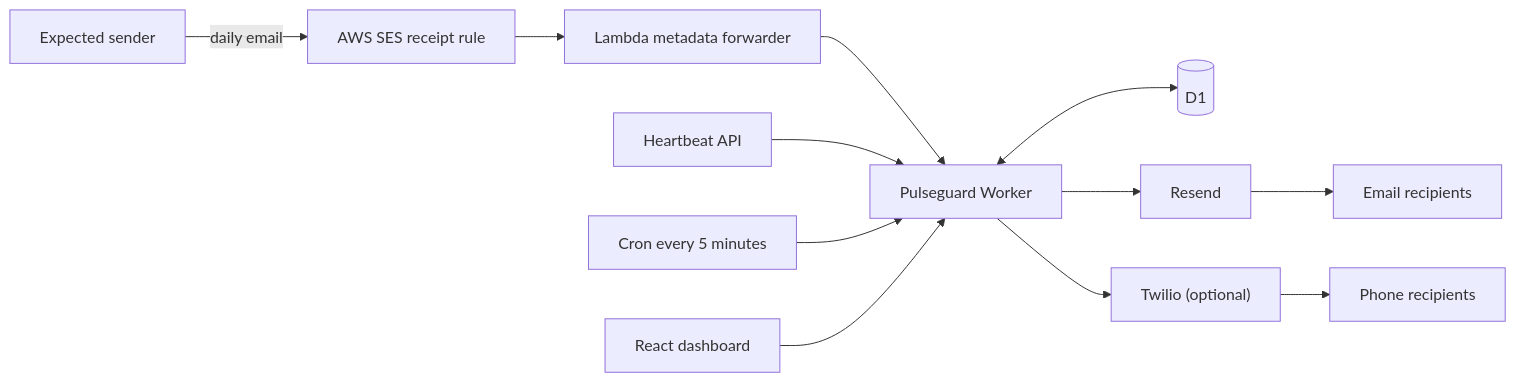
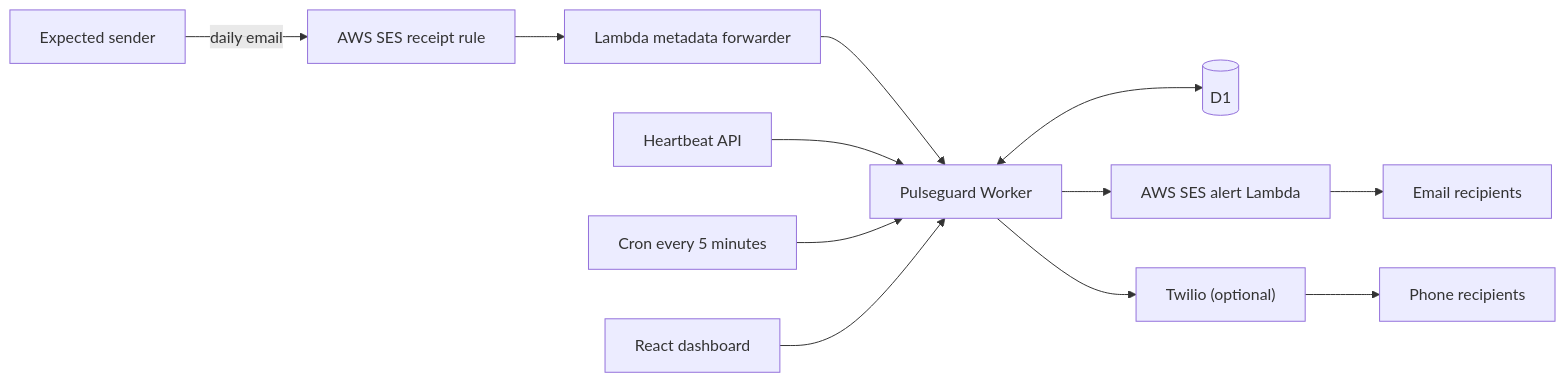
The diagram in docs/architecture.md (the-jolly-green-bryant/pulseguard), drawn with Mermaid before and after one commit. The commit also changed 5 other files, not shown here.

Commit message:
feat: deliver email alerts through AWS SES

````diff
--- a/docs/architecture.md
+++ b/docs/architecture.md
@@ -5,14 +5,14 @@
 ```mermaid
 flowchart LR
   S["Expected sender"] -->|daily email| ER["Cloudflare Email Routing"]
   ER["AWS SES receipt rule"] --> L["Lambda metadata forwarder"]
   L --> W["Pulseguard Worker"]
   API["Heartbeat API"] --> W
   C["Cron every 5 minutes"] --> W
   W <--> D[("D1")]
-  W --> R["Resend"]
+  W --> R["AWS SES alert Lambda"]
   W --> T["Twilio (optional)"]
   R --> E["Email recipients"]
   T --> P["Phone recipients"]
   B["React dashboard"] --> W
 ```
````
